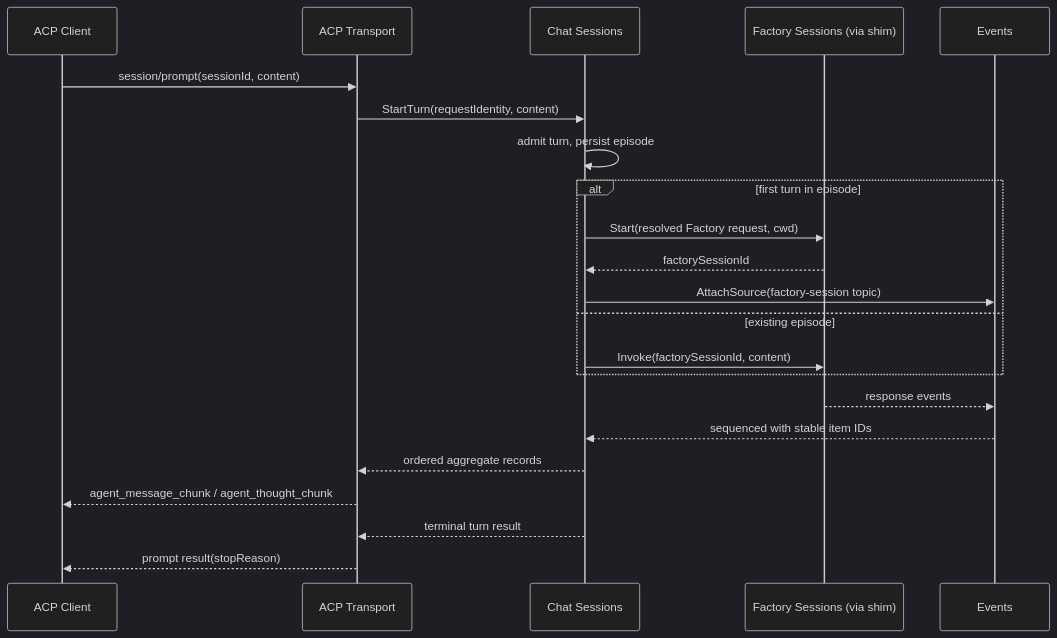
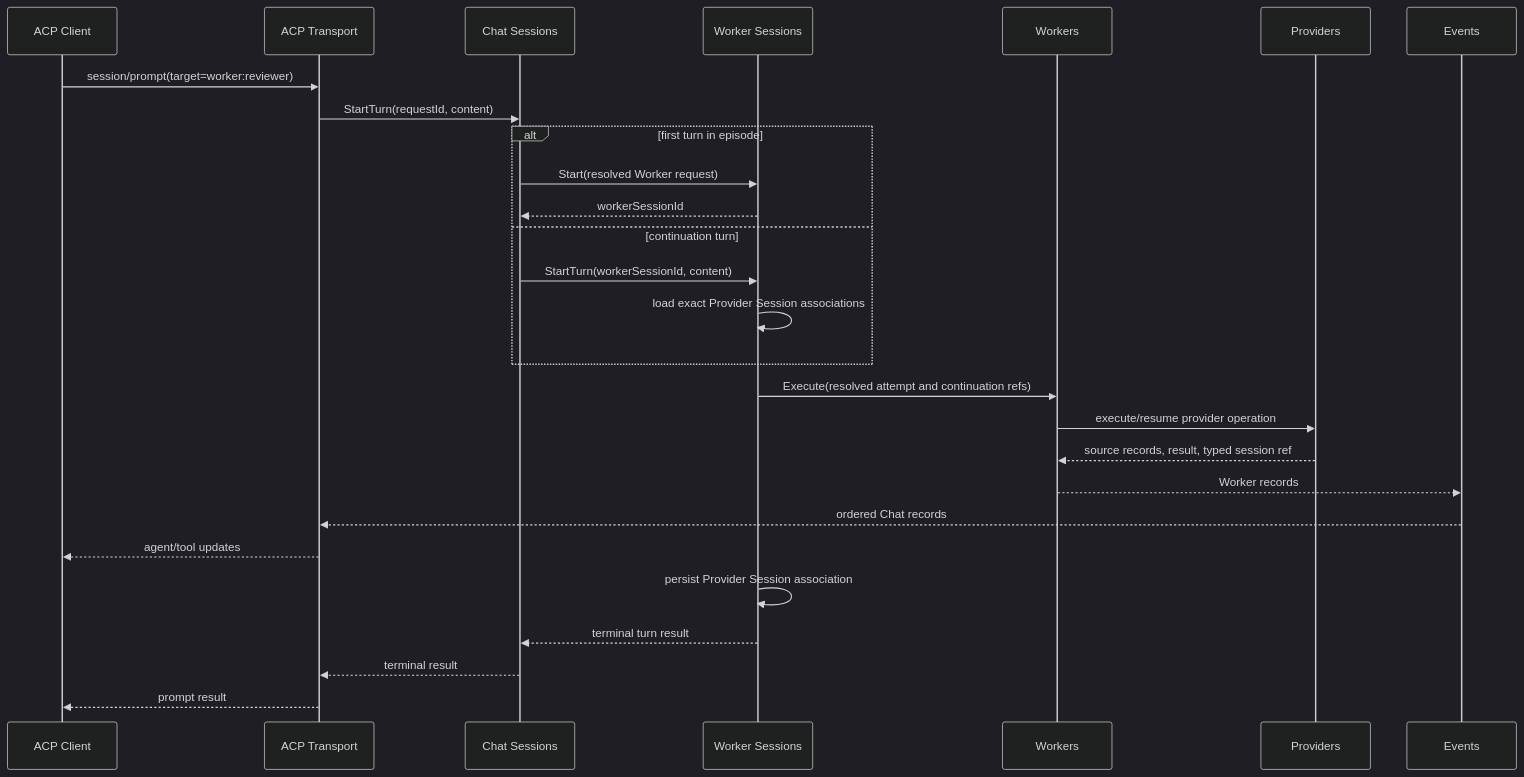
One commit to portpowered/you-agent-factory changed the fourth of 7 diagrams in docs/internal/projects/acp-client/final-proposal.md. Above: the diagram before and after it, drawn with Mermaid (dark theme). The commit also changed other lines of this file and 20 other files, not shown here.

````diff
--- a/docs/internal/projects/acp-client/final-proposal.md
+++ b/docs/internal/projects/acp-client/final-proposal.md
@@ -501,25 +862,30 @@
 ```mermaid
 sequenceDiagram
     participant C as ACP Client
     participant A as ACP Transport
     participant Chat as Chat Sessions
-    participant FS as Factory Sessions (via shim)
+    participant WS as Worker Sessions
+    participant W as Workers
+    participant P as Providers
     participant Ev as Events
 
-    C->>A: session/prompt(sessionId, content)
-    A->>Chat: StartTurn(requestIdentity, content)
-    Chat->>Chat: admit turn, persist episode
+    C->>A: session/prompt(target=worker:reviewer)
+    A->>Chat: StartTurn(requestId, content)
     alt first turn in episode
-        Chat->>FS: Start(resolved Factory request, cwd)
-        FS-->>Chat: factorySessionId
-        Chat->>Ev: AttachSource(factory-session topic)
-    else existing episode
-        Chat->>FS: Invoke(factorySessionId, content)
+        Chat->>WS: Start(resolved Worker request)
+        WS-->>Chat: workerSessionId
+    else continuation turn
+        Chat->>WS: StartTurn(workerSessionId, content)
+        WS->>WS: load exact Provider Session associations
     end
-    FS-->>Ev: response events
-    Ev-->>Chat: sequenced with stable item IDs
-    Chat-->>A: ordered aggregate records
-    A-->>C: agent_message_chunk / agent_thought_chunk
-    Chat-->>A: terminal turn result
-    A-->>C: prompt result(stopReason)
+    WS->>W: Execute(resolved attempt and continuation refs)
+    W->>P: execute/resume provider operation
+    P-->>W: source records, result, typed session ref
+    W-->>Ev: Worker records
+    Ev-->>A: ordered Chat records
+    A-->>C: agent/tool updates
+    WS->>WS: persist Provider Session association
+    WS-->>Chat: terminal turn result
+    Chat-->>A: terminal result
+    A-->>C: prompt result
 ```
````
